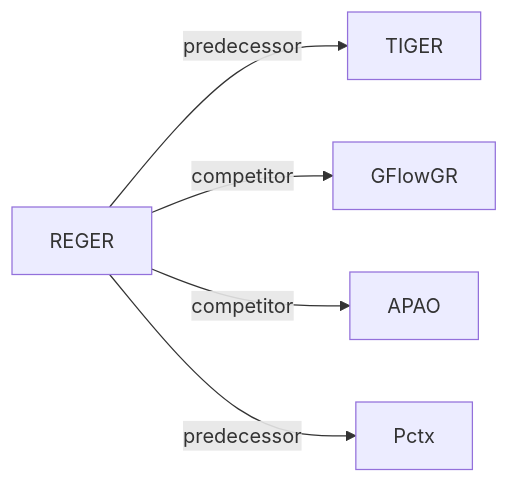
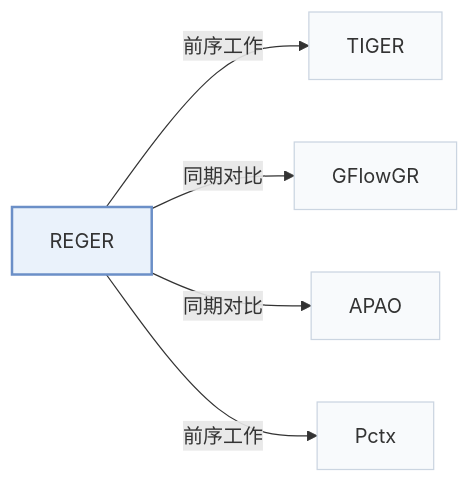
One commit to Galaxy-ghost/Awesome-SID-Generative-Rec changed the second of 2 diagrams in pages/zh/papers/reger.md. Above: the diagram before and after it, drawn with Mermaid. The commit also changed other lines of this file and 649 other files, not shown here.

Commit message:
writer-05: also tags and modality index (schema, check, build, visuals); summary field removed; calibration data for 12 papers

````diff
--- a/pages/zh/papers/reger.md
+++ b/pages/zh/papers/reger.md
@@ -67,8 +74,12 @@
 ```mermaid
 flowchart LR
     P["REGER"]
-    P -->|predecessor| A["TIGER"]
-    P -->|competitor| B["GFlowGR"]
-    P -->|competitor| C["APAO"]
-    P -->|predecessor| D["Pctx"]
+    P -->|"前序工作"| A["TIGER"]
+    P -->|"同期对比"| B["GFlowGR"]
+    P -->|"同期对比"| C["APAO"]
+    P -->|"前序工作"| D["Pctx"]
+    classDef main fill:#eaf2fb,stroke:#6b8fc7,stroke-width:2px
+    classDef peer fill:#f8fafc,stroke:#cbd5e1
+    class P main
+    class A,B,C,D peer
 ```
````
